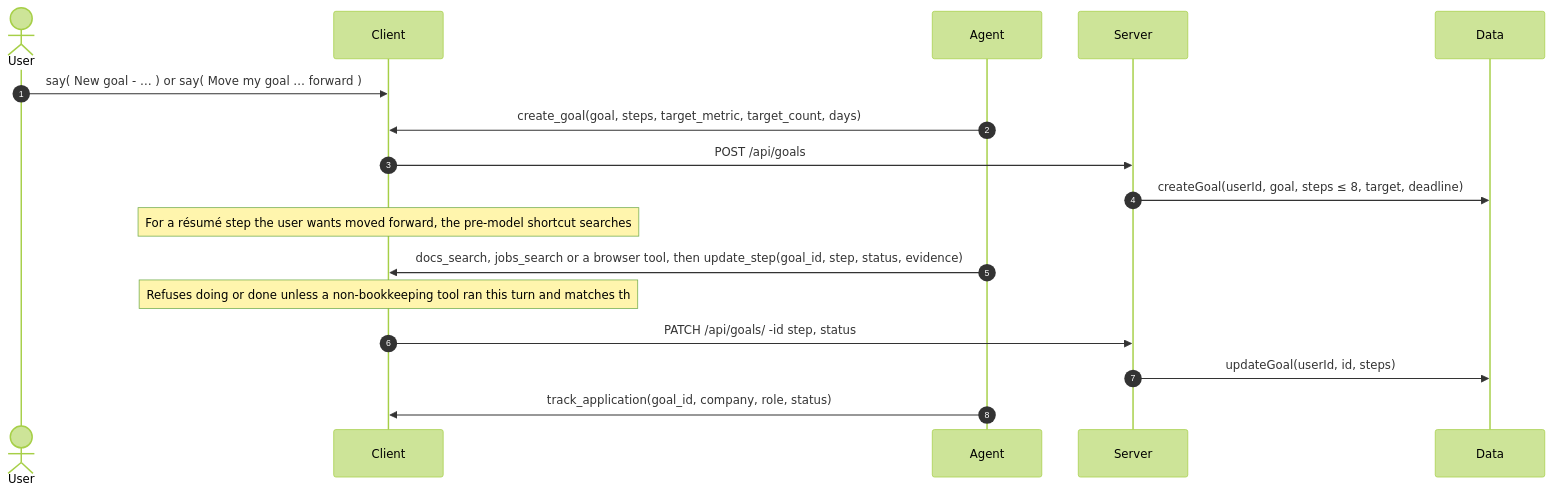
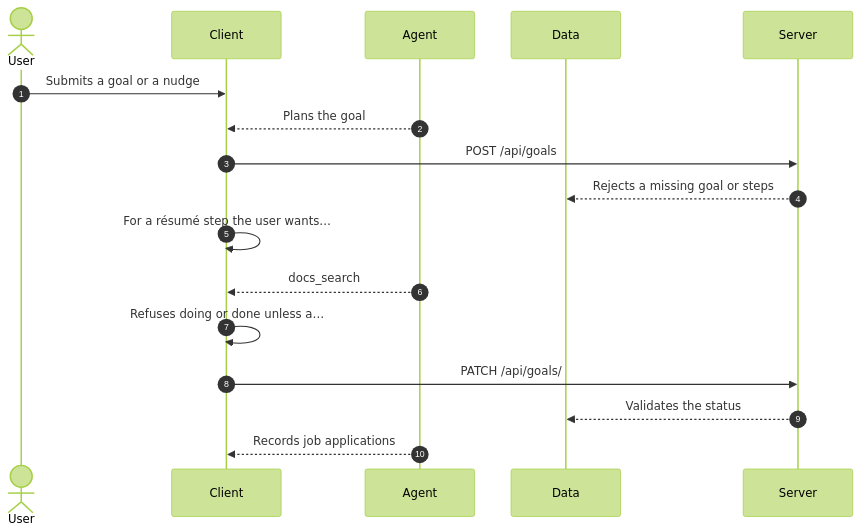
One commit to lngsa1234/mini-muse-mvp changed the diagram in docs/architecture/workflows/goal-step-progress.md. Above: the diagram before and after it, drawn with Mermaid (forest theme). The commit also changed 4 other files, not shown here.

````diff
--- a/docs/architecture/workflows/goal-step-progress.md
+++ b/docs/architecture/workflows/goal-step-progress.md
@@ -15,19 +15,19 @@
 ```mermaid
 sequenceDiagram
   autonumber
   actor user as User
   participant client as Client
   participant agent as Agent
+  participant data as Data
   participant server as Server
-  participant data as Data
-  user->>client: say( New goal - … ) or say( Move my goal … forward )
-  agent->>client: create_goal(goal, steps, target_metric, target_count, days)
+  user->>client: Submits a goal or a nudge
+  agent-->>client: Plans the goal
   client->>server: POST /api/goals
-  server->>data: createGoal(userId, goal, steps ≤ 8, target, deadline)
-  Note over client: For a résumé step the user wants moved forward, the pre-model shortcut searches 
-  agent->>client: docs_search, jobs_search or a browser tool, then update_step(goal_id, step, status, evidence)
-  Note over client: Refuses doing or done unless a non-bookkeeping tool ran this turn and matches th
-  client->>server: PATCH /api/goals/ -id step, status
-  server->>data: updateGoal(userId, id, steps)
-  agent->>client: track_application(goal_id, company, role, status)
+  server-->>data: Rejects a missing goal or steps
+  client->>client: For a résumé step the user wants…
+  agent-->>client: docs_search
+  client->>client: Refuses doing or done unless a…
+  client->>server: PATCH /api/goals/
+  server-->>data: Validates the status
+  agent-->>client: Records job applications
 ```
````
